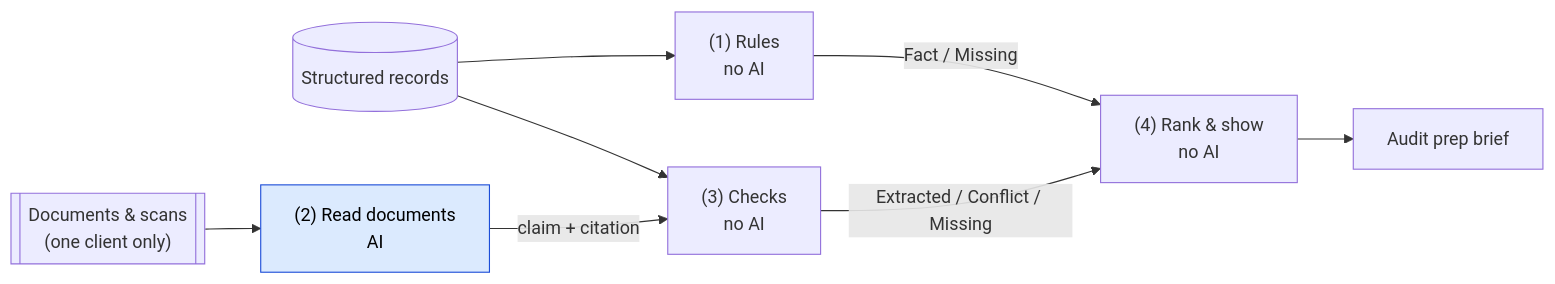
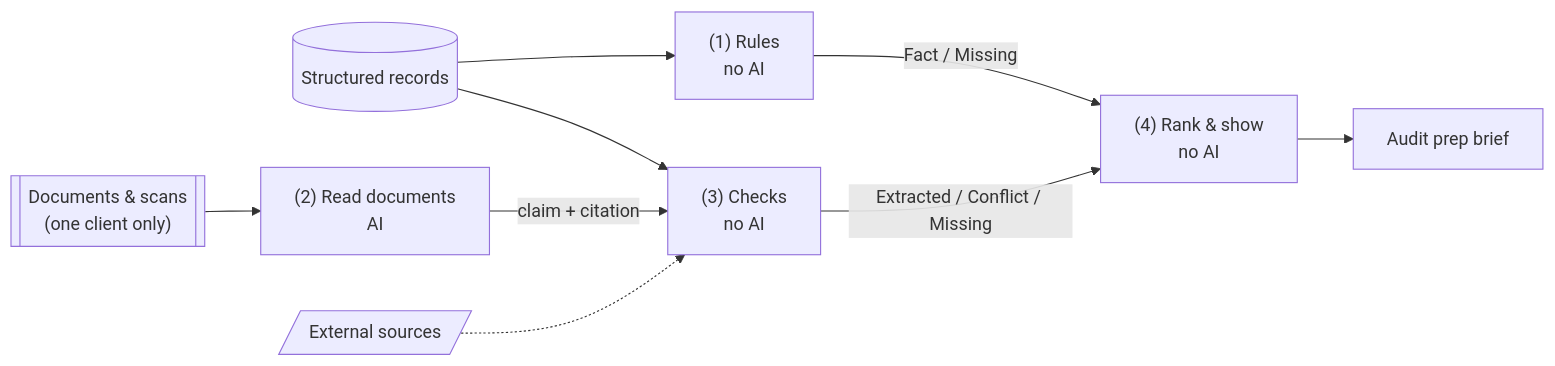
Before and after one commit to shashankag14/audit-prep-assistant: the first of 2 diagrams in docs/01-problem-framing.md, drawn with Mermaid. The commit also changed other lines of this file and 3 other files, not shown here.

Commit message:
docs: add external sources to problem framing, labels definitions and brief example

````diff
--- a/docs/01-problem-framing.md
+++ b/docs/01-problem-framing.md
@@ -84,11 +85,11 @@
 ```mermaid
 flowchart LR
     REC[("Structured records")] --> L1["(1) Rules<br/>no AI"]
     DOC[["Documents & scans<br/>(one client only)"]] --> L2["(2) Read documents<br/>AI"]
     L2 -->|"claim + citation"| L3["(3) Checks<br/>no AI"]
     REC --> L3
     L1 -->|"Fact / Missing"| L4["(4) Rank & show<br/>no AI"]
     L3 -->|"Extracted / Conflict / Missing"| L4
     L4 --> B["Audit prep brief"]
-    style L2 fill:#dbeafe,stroke:#1d4ed8,color:#000
+    EXT[/"External sources"/] -.-> L3
 ```
````
